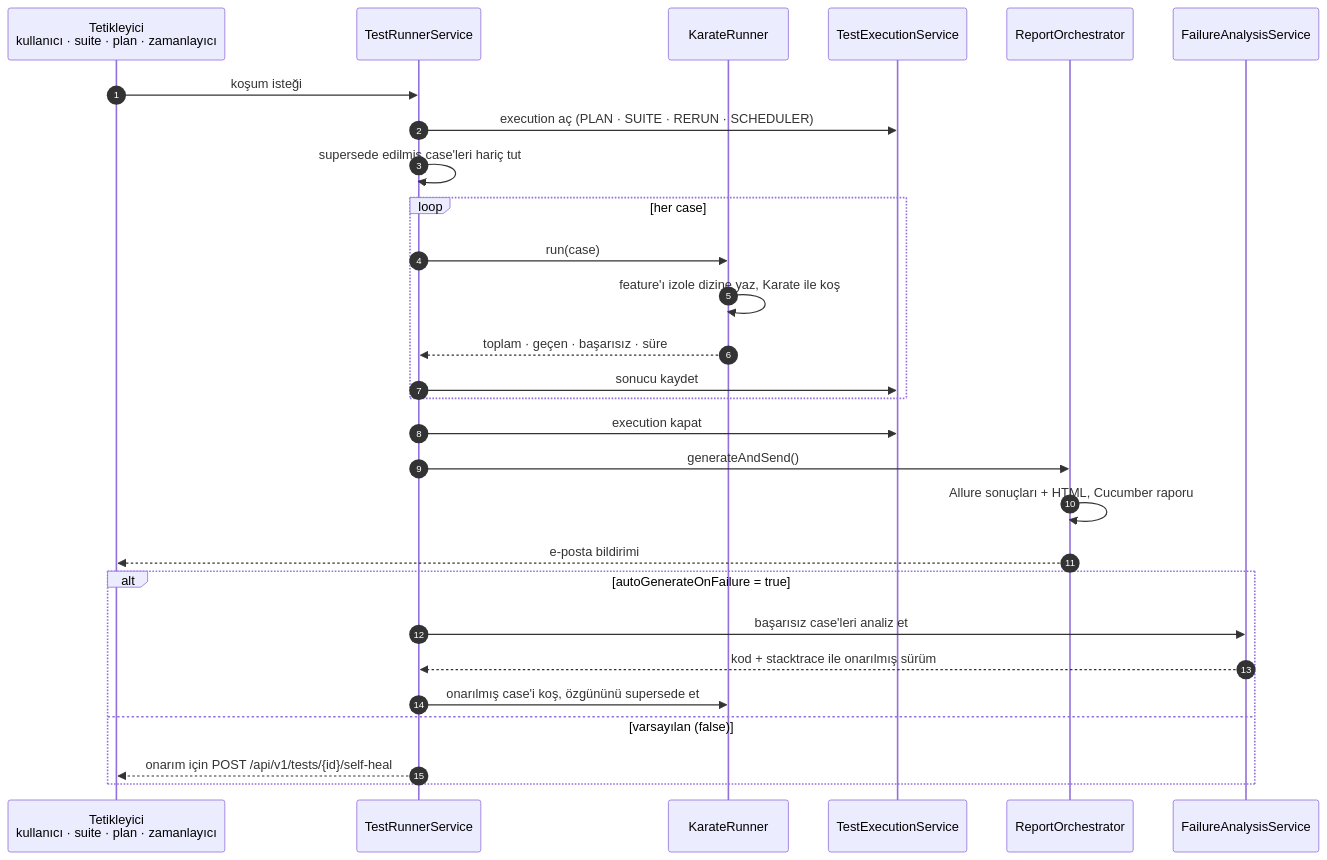
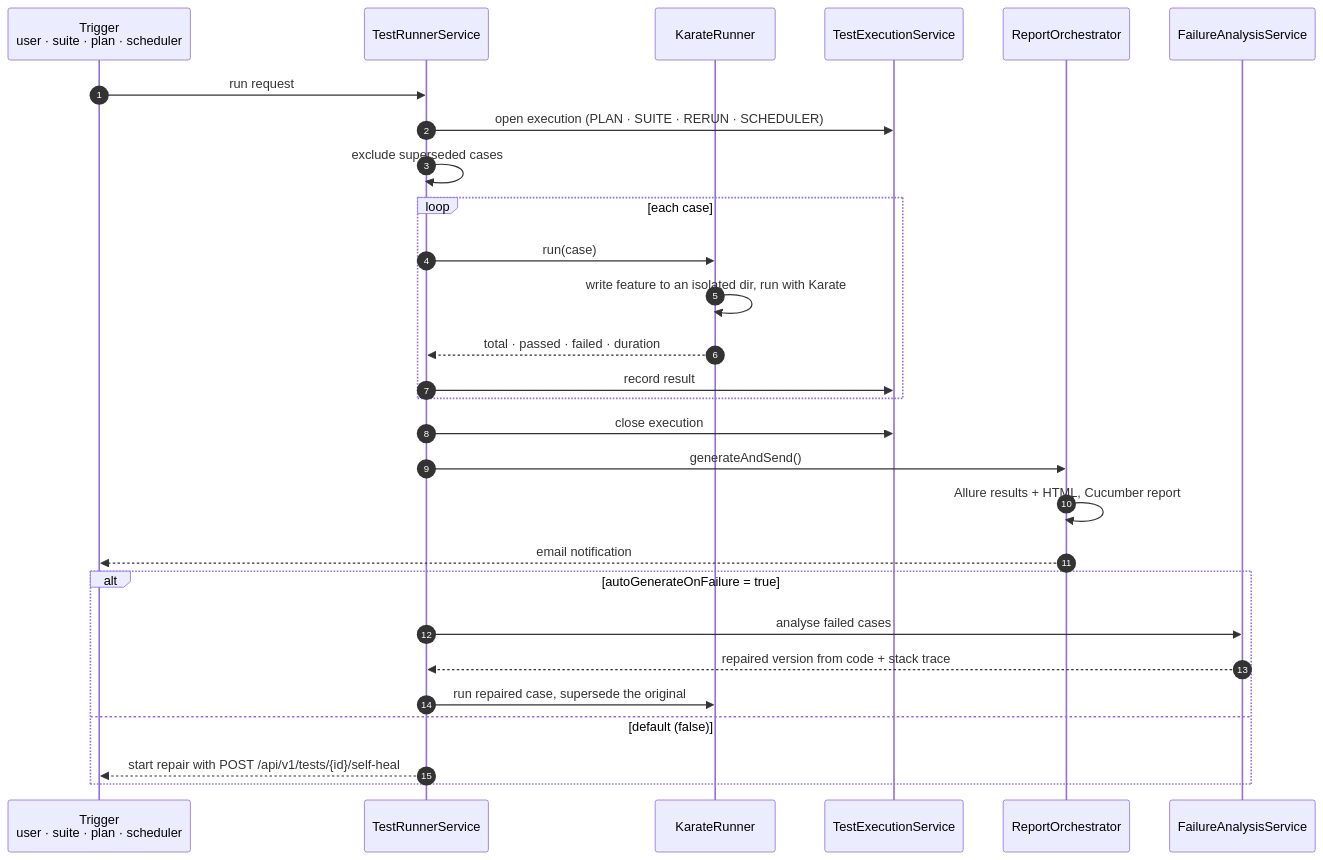
Before and after one commit to onurkavutlu/ai-test-generator: the third of 4 diagrams in README.md, drawn with Mermaid. The commit also changed other lines of this file and 19 other files, not shown here.

````diff
--- a/README.md
+++ b/README.md
@@ -222,34 +228,34 @@
 ```mermaid
 sequenceDiagram
     autonumber
-    participant TR as Tetikleyici<br/>kullanıcı · suite · plan · zamanlayıcı
+    participant TR as Trigger<br/>user · suite · plan · scheduler
     participant R as TestRunnerService
     participant KR as KarateRunner
     participant E as TestExecutionService
     participant RP as ReportOrchestrator
     participant F as FailureAnalysisService
 
-    TR->>R: koşum isteği
-    R->>E: execution aç (PLAN · SUITE · RERUN · SCHEDULER)
-    R->>R: supersede edilmiş case'leri hariç tut
+    TR->>R: run request
+    R->>E: open execution (PLAN · SUITE · RERUN · SCHEDULER)
+    R->>R: exclude superseded cases
 
-    loop her case
+    loop each case
         R->>KR: run(case)
-        KR->>KR: feature'ı izole dizine yaz, Karate ile koş
-        KR-->>R: toplam · geçen · başarısız · süre
-        R->>E: sonucu kaydet
+        KR->>KR: write feature to an isolated dir, run with Karate
+        KR-->>R: total · passed · failed · duration
+        R->>E: record result
     end
 
-    R->>E: execution kapat
+    R->>E: close execution
     R->>RP: generateAndSend()
-    RP->>RP: Allure sonuçları + HTML, Cucumber raporu
-    RP-->>TR: e-posta bildirimi
+    RP->>RP: Allure results + HTML, Cucumber report
+    RP-->>TR: email notification
 
     alt autoGenerateOnFailure = true
-        R->>F: başarısız case'leri analiz et
-        F-->>R: kod + stacktrace ile onarılmış sürüm
-        R->>KR: onarılmış case'i koş, özgününü supersede et
-    else varsayılan (false)
-        R-->>TR: onarım için POST /api/v1/tests/{id}/self-heal
+        R->>F: analyse failed cases
+        F-->>R: repaired version from code + stack trace
+        R->>KR: run repaired case, supersede the original
+    else default (false)
+        R-->>TR: start repair with POST /api/v1/tests/{id}/self-heal
     end
 ```
````
